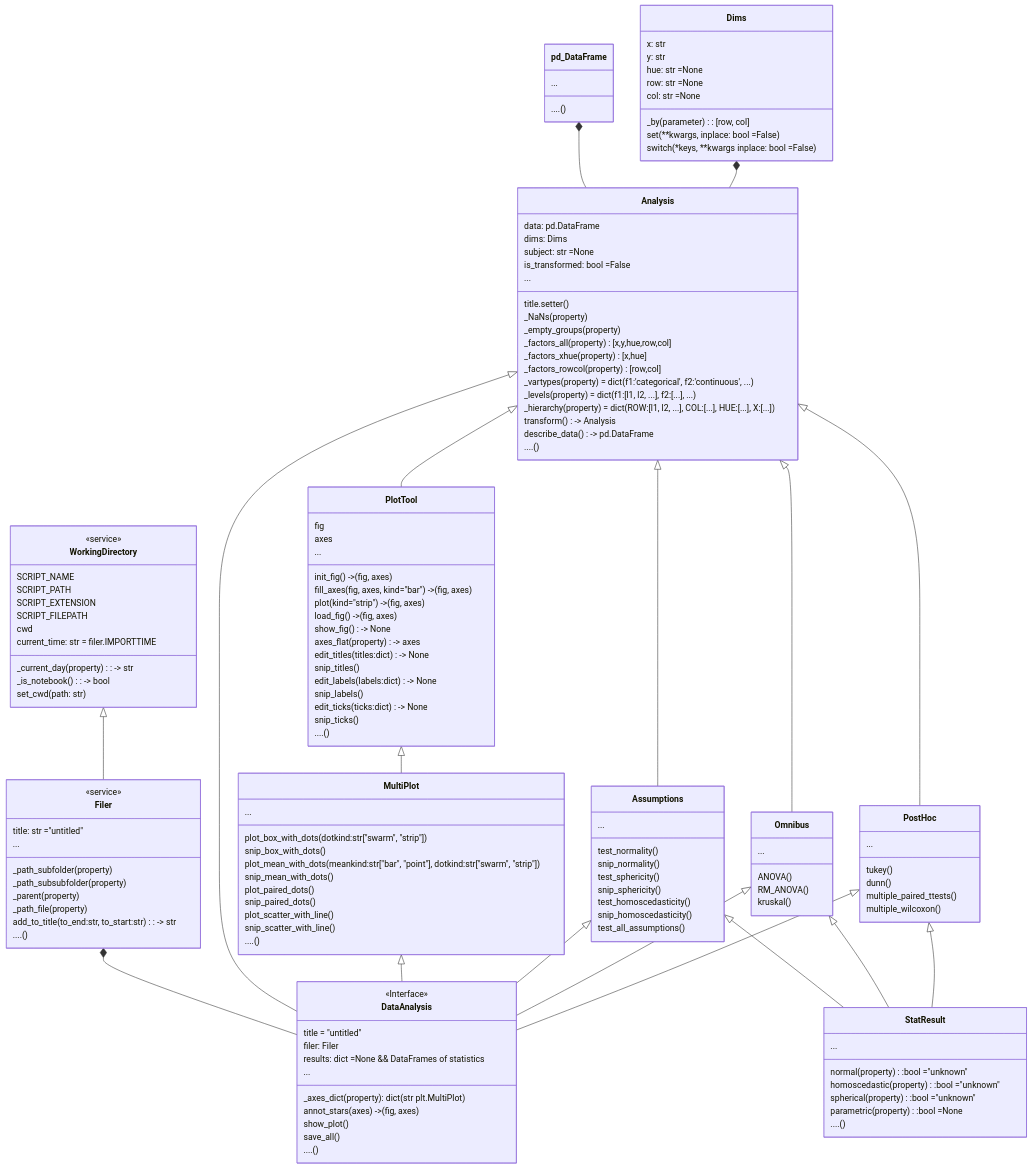
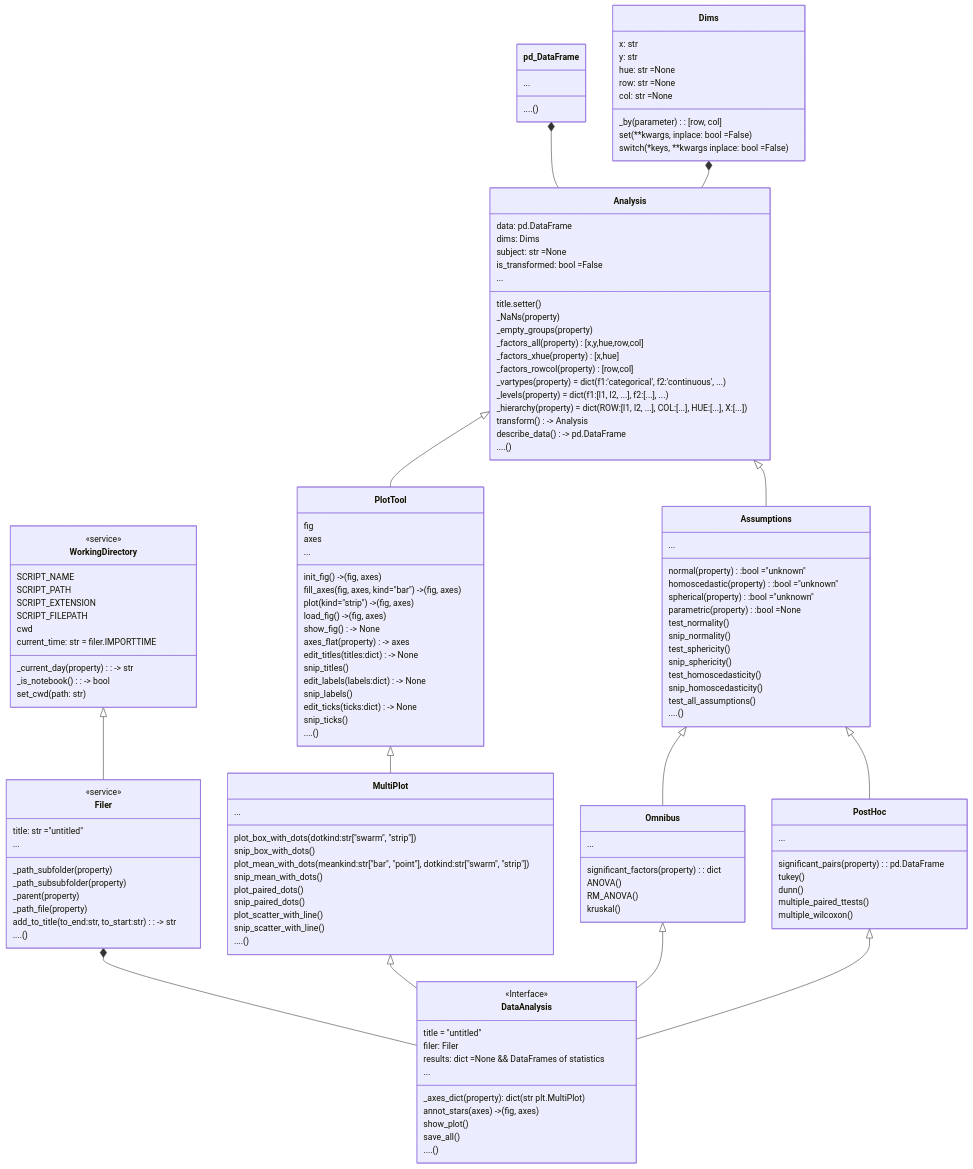
The diagram in README.md (markur4/plotastic), drawn with Mermaid before and after one commit. The commit also changed other lines of this file and 9 other files, not shown here.

````diff
--- a/README.md
+++ b/README.md
@@ -115,24 +115,21 @@
 
 
 
-   Analysis <|-- DataAnalysis
    Analysis <|-- PlotTool
+   %%Analysis <|-- Assumptions
+   %%Analysis <|-- Omnibus
+   %%Analysis <|-- PostHoc
    Analysis <|-- Assumptions
-   Analysis <|-- Omnibus
-   Analysis <|-- PostHoc
 
 
    %% STATISTICS #......................................................................................
 
-   class StatResult{
-      ...
+
+   class Assumptions{
       normal(property):bool ="unknown"
       homoscedastic(property):bool ="unknown"
       spherical(property):bool ="unknown"
       parametric(property):bool =None
-      ....()
-   }
-   class Assumptions{
       ...
       test_normality()
       snip_normality()
@@ -141,26 +138,28 @@
       test_homoscedasticity()
       snip_homoscedasticity()
       test_all_assumptions()
+      ....()
    }
+
    class Omnibus{
       ...
+      significant_factors(property): dict
       ANOVA()
       RM_ANOVA()
       kruskal()
    }
    class PostHoc{
       ...
+      significant_pairs(property): pd.DataFrame
       tukey()
       dunn()
       multiple_paired_ttests()
       multiple_wilcoxon()
    }
 
-   Assumptions  <|-- StatResult
-   Omnibus  <|-- StatResult
-   PostHoc  <|-- StatResult
-   %%StatResult <|-- Omnibus
-   %%StatResult <|-- PostHoc
+   Assumptions  <|-- PostHoc
+   Assumptions  <|-- Omnibus
+
 
 
    %% PLOTTING #......................................................................................
@@ -220,26 +219,11 @@
    }
    click DataAnalysis href "https://github.com/markur4/plotastic/blob/main/plotastic/dataanalysis.py" "dataanalysis.py"
 
-
-
    MultiPlot <|-- DataAnalysis
-   Assumptions <|-- DataAnalysis
    Omnibus <|-- DataAnalysis
    PostHoc <|-- DataAnalysis
-   
 
 
 
 
-
-
-   %%Analysis <|-- StatResult
-
-
-
-   %%Assumptions --|>  StatResult 
-   %%Omnibus --|>  StatResult
-   %%PostHoc --|>  StatResult
-
-
 ```
````
